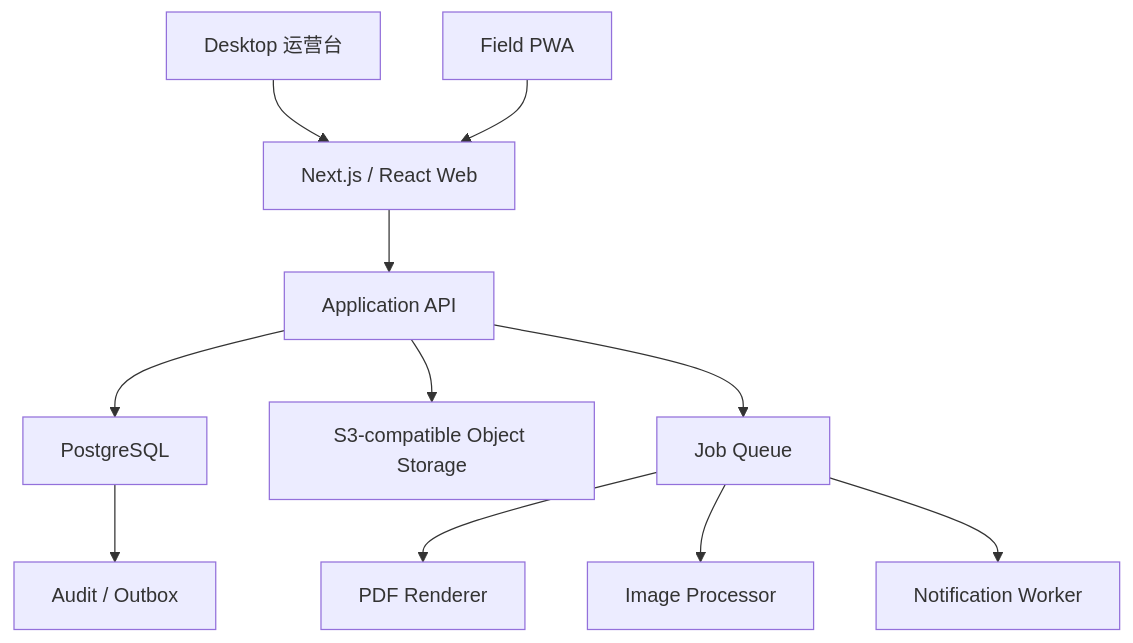
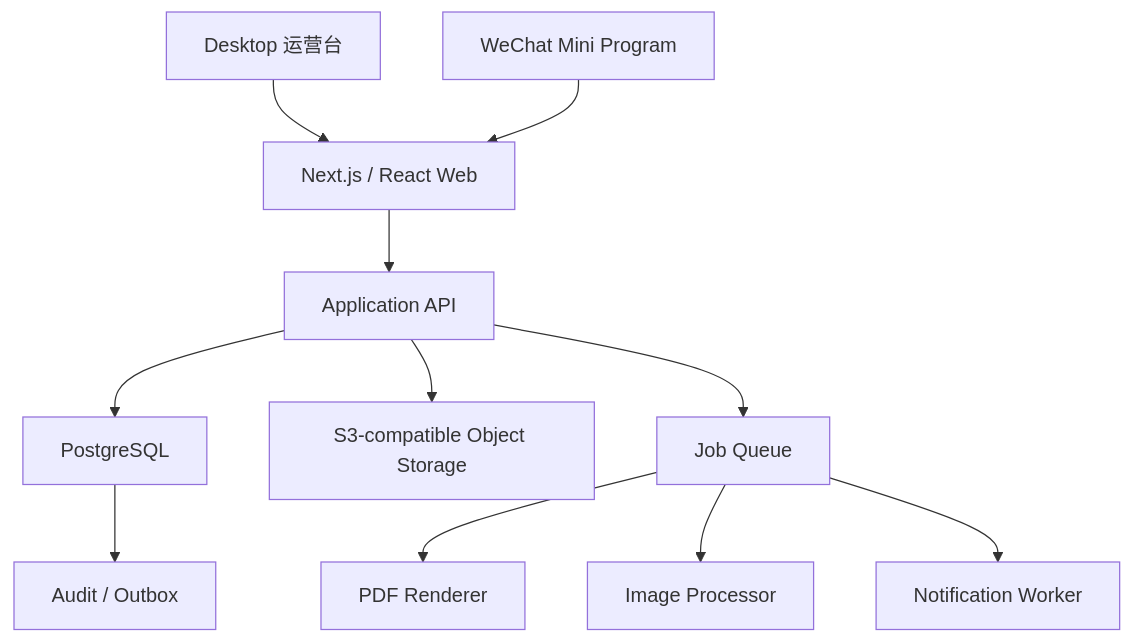
One commit to sunshaobing/urbanely changed the first of 4 diagrams in Tech-Spec.md. Above: the diagram before and after it, drawn with Mermaid. The commit also changed other lines of this file and 64 other files, not shown here.

Commit message:
feat: add WeChat mini program field client

````diff
--- a/Tech-Spec.md
+++ b/Tech-Spec.md
@@ -14,13 +14,13 @@
 ```mermaid
 flowchart TB
   A[Desktop 运营台] --> B[Next.js / React Web]
-  C[Field PWA] --> B
+  C[WeChat Mini Program] --> B
   B --> D[Application API]
   D --> E[PostgreSQL]
   D --> F[S3-compatible Object Storage]
   D --> G[Job Queue]
   G --> H[PDF Renderer]
   G --> I[Image Processor]
   G --> J[Notification Worker]
   E --> K[Audit / Outbox]
 ```
````
